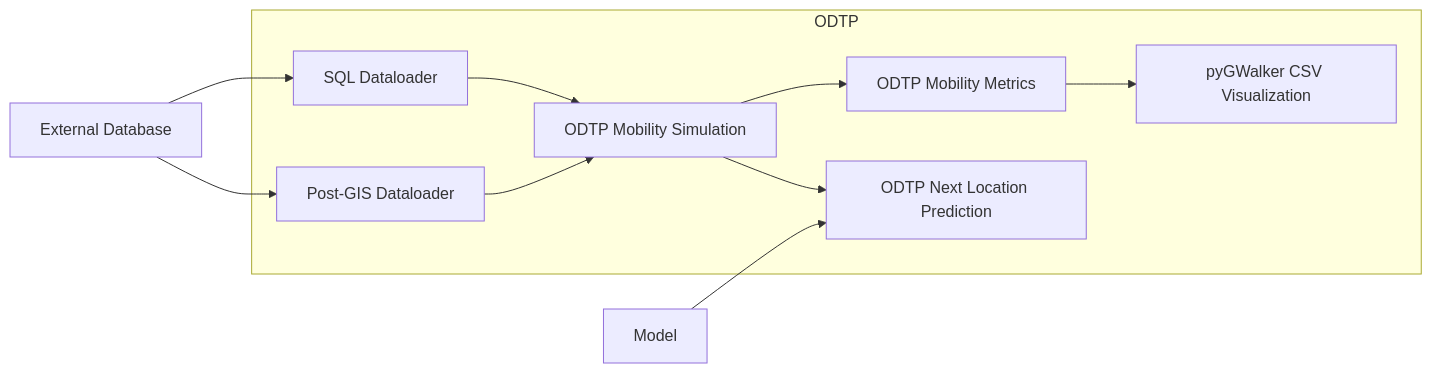
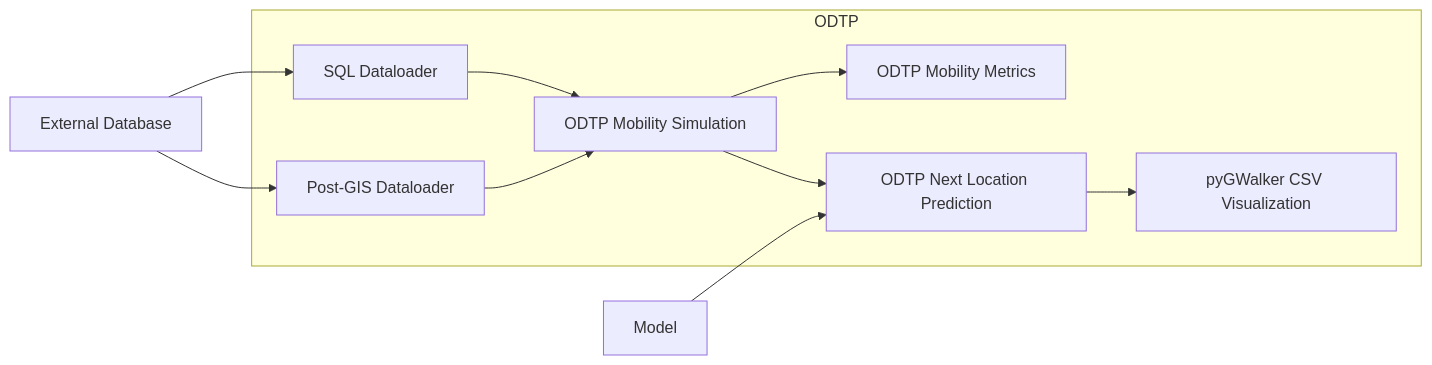
Before and after one commit to odtp-org/dt-mobility-causal-intervention: the diagram in README.md, drawn with Mermaid. The commit also changed other lines of this file and 11 other files, not shown here.

````diff
--- a/README.md
+++ b/README.md
@@ -5,15 +5,15 @@
 ```mermaid
 graph LR
     ExternalDatabase[External Database] --> SQLDataloader[SQL Dataloader]
     ExternalDatabase --> PostGisDataloader[Post-GIS Dataloader]
 
     subgraph ODTP
         SQLDataloader --> ODTPMobilitySimulation[ODTP Mobility Simulation]
         PostGisDataloader --> ODTPMobilitySimulation
         ODTPMobilitySimulation --> ODTpMetrics[ODTP Mobility Metrics]
-        ODTpMetrics --> PYGWalker[pyGWalker CSV Visualization]
         ODTPMobilitySimulation --> ODTpNextLocationPrediction[ODTP Next Location Prediction]
+        ODTpNextLocationPrediction --> PYGWalker[pyGWalker CSV Visualization]
     end
 
     Model[Model] --> ODTpNextLocationPrediction
 ```
````
